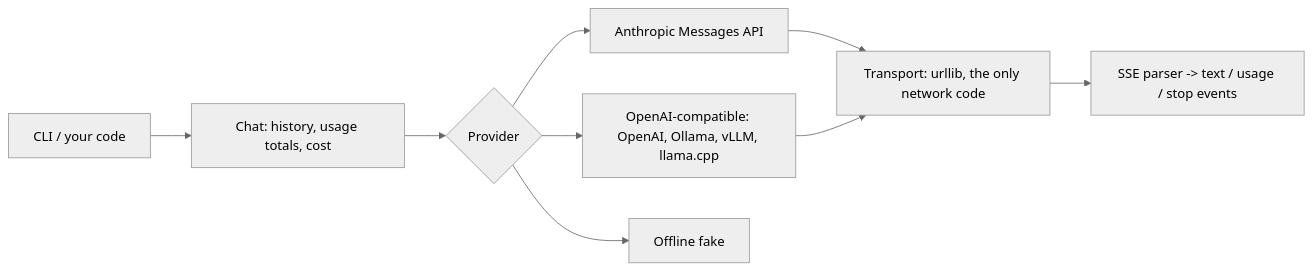
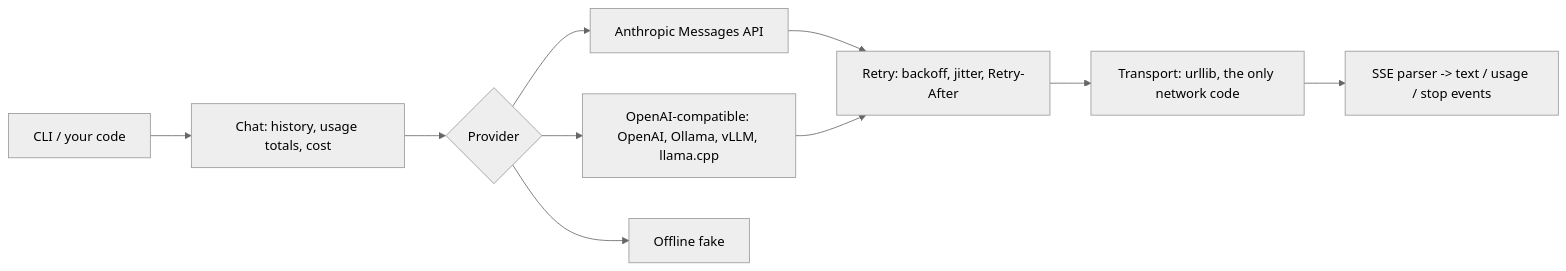
Before and after one commit to usmanali-hub/llm-playground-evals: the diagram in README.md, drawn with Mermaid (neutral theme). The commit also changed other lines of this file and 9 other files, not shown here.

Commit message:
Add retries with backoff and Retry-After, and HTTP tests against a local server

````diff
--- a/README.md
+++ b/README.md
@@ -29,11 +29,12 @@
 ```mermaid
 flowchart LR
     CLI[CLI / your code] --> Chat[Chat: history, usage totals, cost]
     Chat --> P{Provider}
     P --> A[Anthropic Messages API]
     P --> O[OpenAI-compatible: OpenAI, Ollama, vLLM, llama.cpp]
     P --> F[Offline fake]
-    A --> T[Transport: urllib, the only network code]
-    O --> T
+    A --> R[Retry: backoff, jitter, Retry-After]
+    O --> R
+    R --> T[Transport: urllib, the only network code]
     T --> S[SSE parser -> text / usage / stop events]
 ```
````
